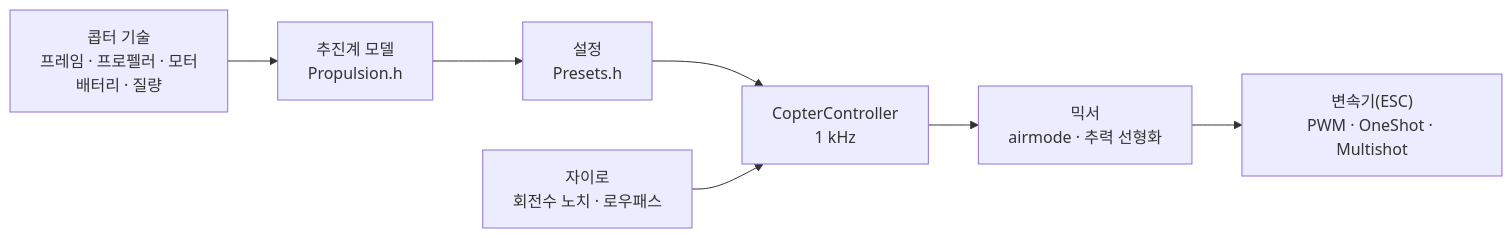
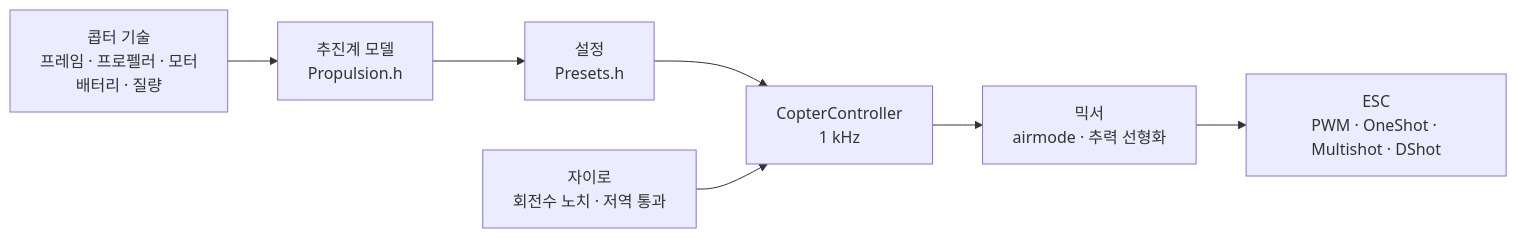
Before and after one commit to damir-lebedev/OpenPlaneProject: the diagram in docs/i18n/ko/COPTER.md, drawn with Mermaid. The commit also changed other lines of this file and 21 other files, not shown here.

````diff
--- a/docs/i18n/ko/COPTER.md
+++ b/docs/i18n/ko/COPTER.md
@@ -9,9 +9,9 @@
 ```mermaid
 flowchart LR
     D["콥터 기술<br/>프레임 · 프로펠러 · 모터<br/>배터리 · 질량"] --> M["추진계 모델<br/>Propulsion.h"]
     M --> T["설정<br/>Presets.h"]
     T --> C["CopterController<br/>1 kHz"]
-    G["자이로<br/>회전수 노치 · 로우패스"] --> C
+    G["자이로<br/>회전수 노치 · 저역 통과"] --> C
     C --> X["믹서<br/>airmode · 추력 선형화"]
-    X --> E["변속기(ESC)<br/>PWM · OneShot · Multishot"]
+    X --> E["ESC<br/>PWM · OneShot · Multishot · DShot"]
 ```
````
